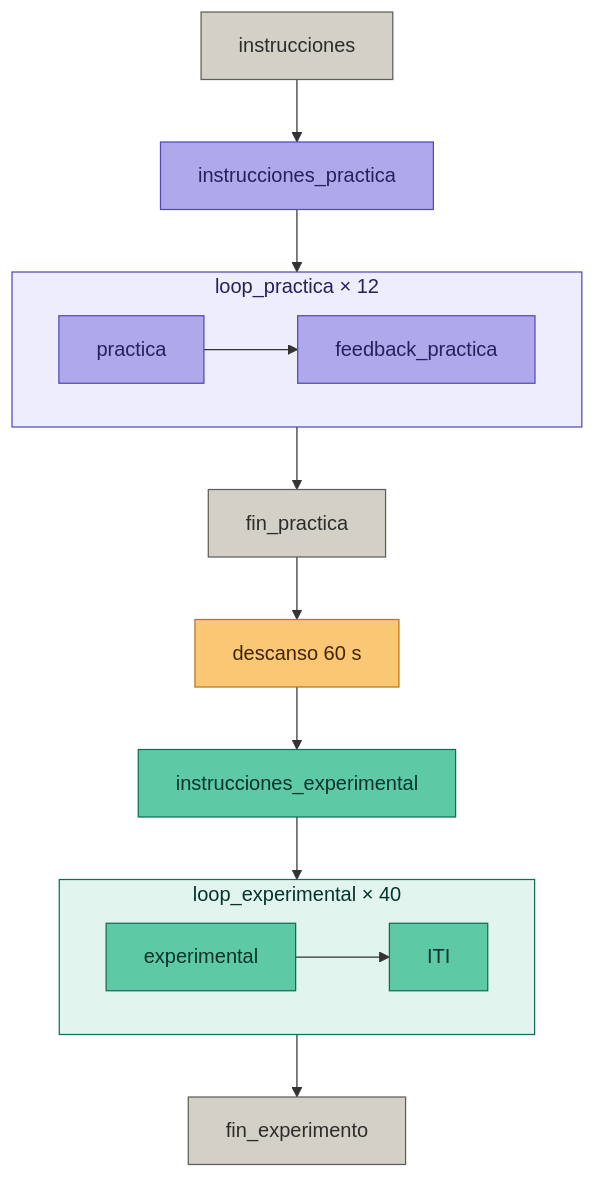
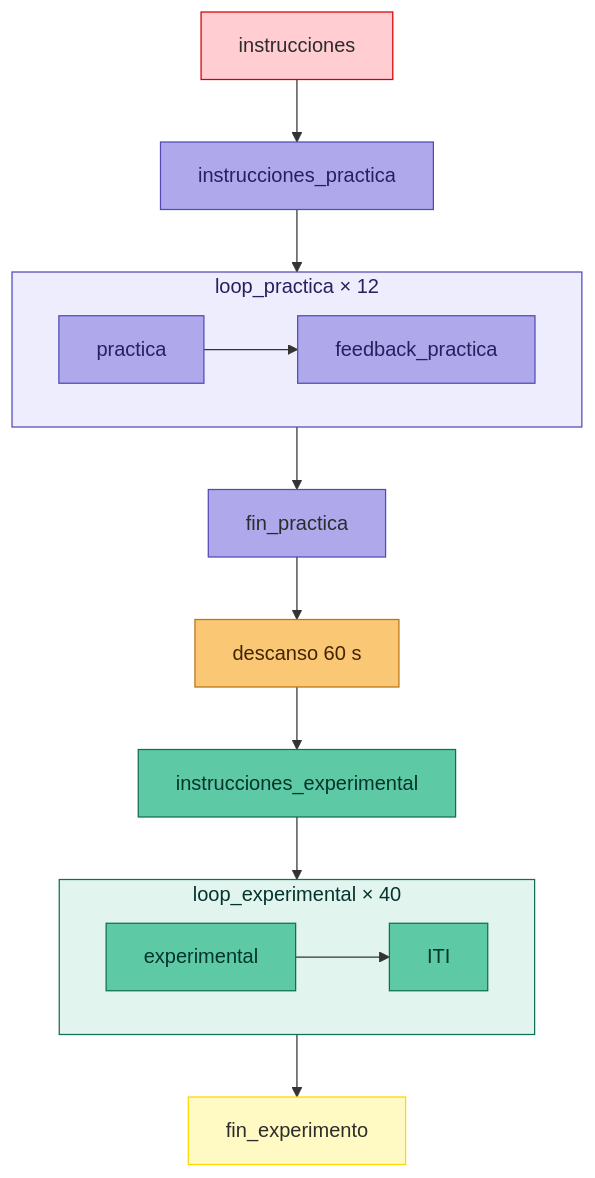
The diagram in readme.md (mlandaf/taller_1_emociones), drawn with Mermaid before and after one commit. The commit also changed 1 other file, not shown here.

Commit message:
cambios docs

````diff
--- a/readme.md
+++ b/readme.md
@@ -69,29 +69,33 @@
 ```mermaid
-flowchart TD
-    A[instrucciones] --> B[instrucciones_practica]
+flowchart TB
+ subgraph LP["loop_practica × 12"]
+        FP["feedback_practica"]
+        P["practica"]
+  end
+ subgraph LE["loop_experimental × 40"]
+        ITI["ITI"]
+        EX["experimental"]
+  end
+    A["instrucciones"] --> B["instrucciones_practica"]
     B --> LP
-    subgraph LP[loop_practica × 12]
-        P[practica] --> FP[feedback_practica]
-    end
-    LP --> C[fin_practica]
-    C --> D[descanso 60 s]
-    D --> E[instrucciones_experimental]
+    P --> FP
+    LP --> C["fin_practica"]
+    C --> D["descanso 60 s"]
+    D --> E["instrucciones_experimental"]
     E --> LE
-    subgraph LE[loop_experimental × 40]
-        EX[experimental] --> ITI[ITI]
-    end
-    LE --> F[fin_experimento]
+    EX --> ITI
+    LE --> F["fin_experimento"]
 
-    style A  fill:#D3D1C7,stroke:#5F5E5A,color:#2C2C2A
-    style C  fill:#D3D1C7,stroke:#5F5E5A,color:#2C2C2A
-    style F  fill:#D3D1C7,stroke:#5F5E5A,color:#2C2C2A
-    style D  fill:#FAC775,stroke:#BA7517,color:#412402
+    style FP fill:#AFA9EC,stroke:#534AB7,color:#26215C
+    style P  fill:#AFA9EC,stroke:#534AB7,color:#26215C
+    style ITI fill:#5DCAA5,stroke:#0F6E56,color:#04342C
+    style EX fill:#5DCAA5,stroke:#0F6E56,color:#04342C
+    style A  fill:#D3D1C7,stroke:#D50000,color:#2C2C2A,fill:#FFCDD2
     style B  fill:#AFA9EC,stroke:#534AB7,color:#26215C
     style LP fill:#EEEDFE,stroke:#534AB7,color:#26215C
-    style P  fill:#AFA9EC,stroke:#534AB7,color:#26215C
-    style FP fill:#AFA9EC,stroke:#534AB7,color:#26215C
+    style C  fill:#D3D1C7,stroke:#534AB7,color:#2C2C2A,fill:#AFA9EC
+    style D  fill:#FAC775,stroke:#BA7517,color:#412402
     style E  fill:#5DCAA5,stroke:#0F6E56,color:#04342C
     style LE fill:#E1F5EE,stroke:#0F6E56,color:#04342C
-    style EX fill:#5DCAA5,stroke:#0F6E56,color:#04342C
-    style ITI fill:#5DCAA5,stroke:#0F6E56,color:#04342C
+    style F  fill:#D3D1C7,stroke:#FFD600,color:#2C2C2A,fill:#FFF9C4
 ```
````
